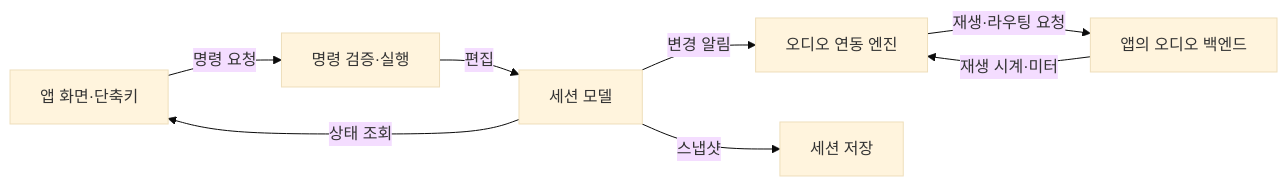
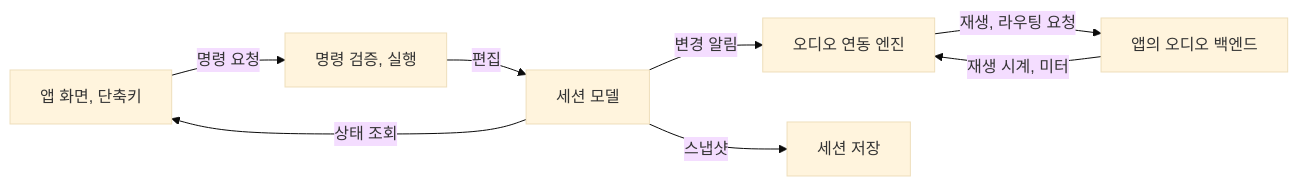
Before and after one commit to whizzkid1452/blog: the diagram in content/til/2026-10-30.md, drawn with Mermaid (base theme). The commit also changed other lines of this file and 26 other files, not shown here.

````diff
--- a/content/til/2026-10-30.md
+++ b/content/til/2026-10-30.md
@@ -32,10 +32,10 @@
 ```mermaid
 flowchart LR
-    UI["앱 화면·단축키"] -->|명령 요청| COMMAND["명령 검증·실행"]
+    UI["앱 화면, 단축키"] -->|명령 요청| COMMAND["명령 검증, 실행"]
     COMMAND -->|편집| MODEL["세션 모델"]
     MODEL -->|변경 알림| ENGINE["오디오 연동 엔진"]
-    ENGINE -->|재생·라우팅 요청| BACKEND["앱의 오디오 백엔드"]
-    BACKEND -->|재생 시계·미터| ENGINE
+    ENGINE -->|재생, 라우팅 요청| BACKEND["앱의 오디오 백엔드"]
+    BACKEND -->|재생 시계, 미터| ENGINE
     MODEL -->|스냅샷| STORAGE["세션 저장"]
     MODEL -->|상태 조회| UI
 ```
````
